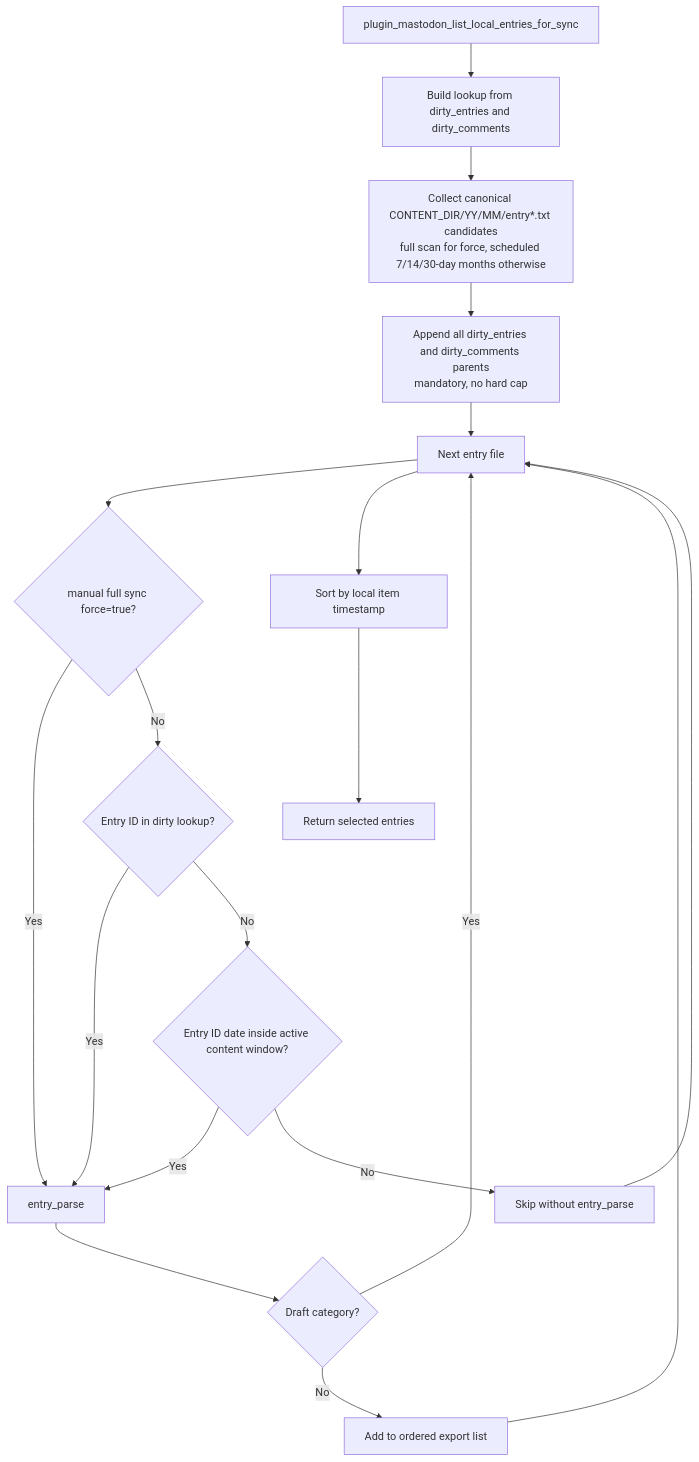
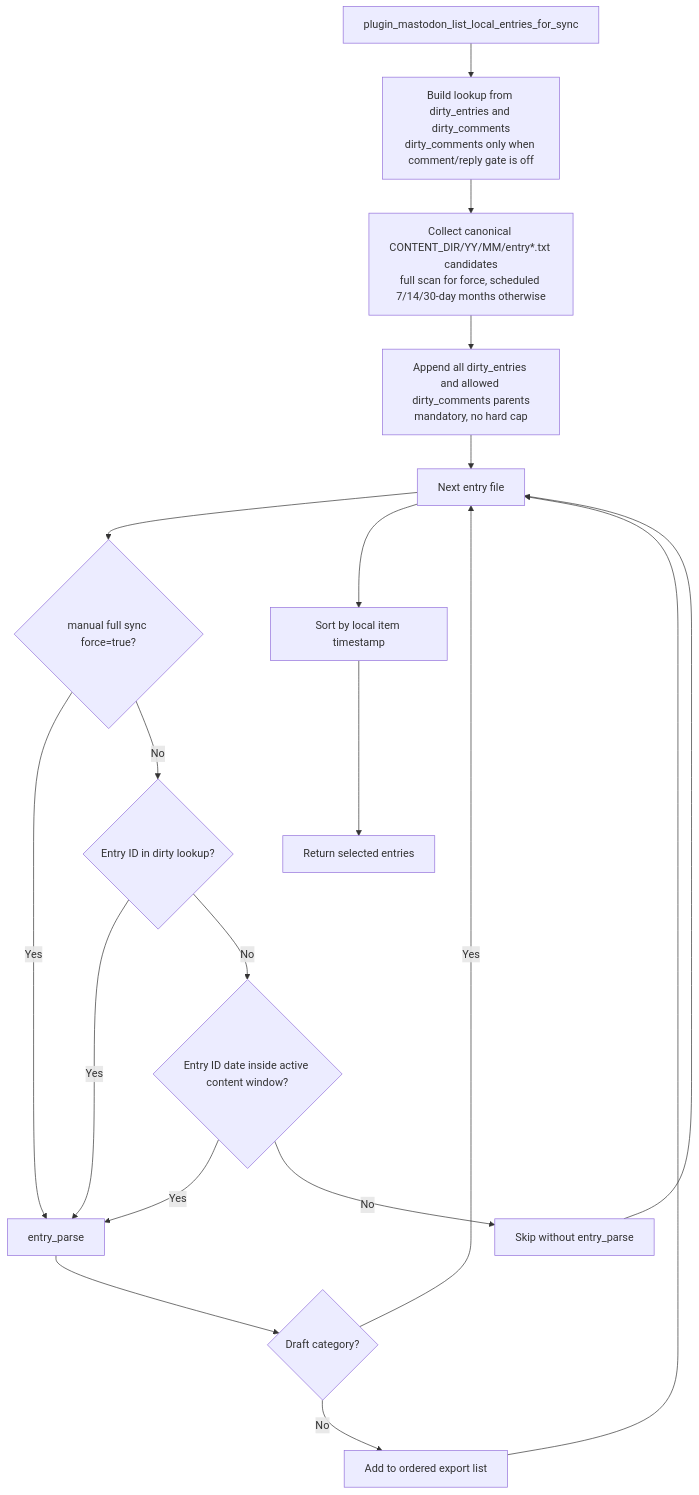
The tenth of 48 diagrams in fp-plugins/mastodon/developer-docs/06-Process-Flow.md (flatpressblog/flatpress), drawn with Mermaid before and after one commit. The commit also changed other lines of this file and 33 other files, not shown here.

````diff
--- a/fp-plugins/mastodon/developer-docs/06-Process-Flow.md
+++ b/fp-plugins/mastodon/developer-docs/06-Process-Flow.md
@@ -282,30 +351,30 @@
 ```mermaid
 flowchart TD
     Start["plugin_mastodon_list_local_entries_for_sync"]
-    DirtyLookup["Build lookup from dirty_entries and dirty_comments"]
+    DirtyLookup["Build lookup from dirty_entries and dirty_comments<br/>dirty_comments only when comment/reply gate is off"]
     CollectFiles["Collect canonical CONTENT_DIR/YY/MM/entry*.txt candidates<br/>full scan for force, scheduled 7/14/30-day months otherwise"]
-    AddDirty["Append all dirty_entries and dirty_comments parents<br/>mandatory, no hard cap"]
+    AddDirty["Append all dirty_entries and allowed dirty_comments parents<br/>mandatory, no hard cap"]
     NextFile["Next entry file"]
     Force{"manual full sync force=true?"}
     Dirty{"Entry ID in dirty lookup?"}
     Window{"Entry ID date inside active content window?"}
     SkipWithoutParse["Skip without entry_parse"]
     Parse["entry_parse"]
     Draft{"Draft category?"}
     Add["Add to ordered export list"]
     Sort["Sort by local item timestamp"]
     Result["Return selected entries"]
 
     Start --> DirtyLookup --> CollectFiles --> AddDirty --> NextFile
     NextFile --> Force
     Force -- "Yes" --> Parse
     Force -- "No" --> Dirty
     Dirty -- "Yes" --> Parse
     Dirty -- "No" --> Window
     Window -- "Yes" --> Parse
     Window -- "No" --> SkipWithoutParse --> NextFile
     Parse --> Draft
     Draft -- "Yes" --> NextFile
     Draft -- "No" --> Add --> NextFile
     NextFile --> Sort --> Result
 ```
````
